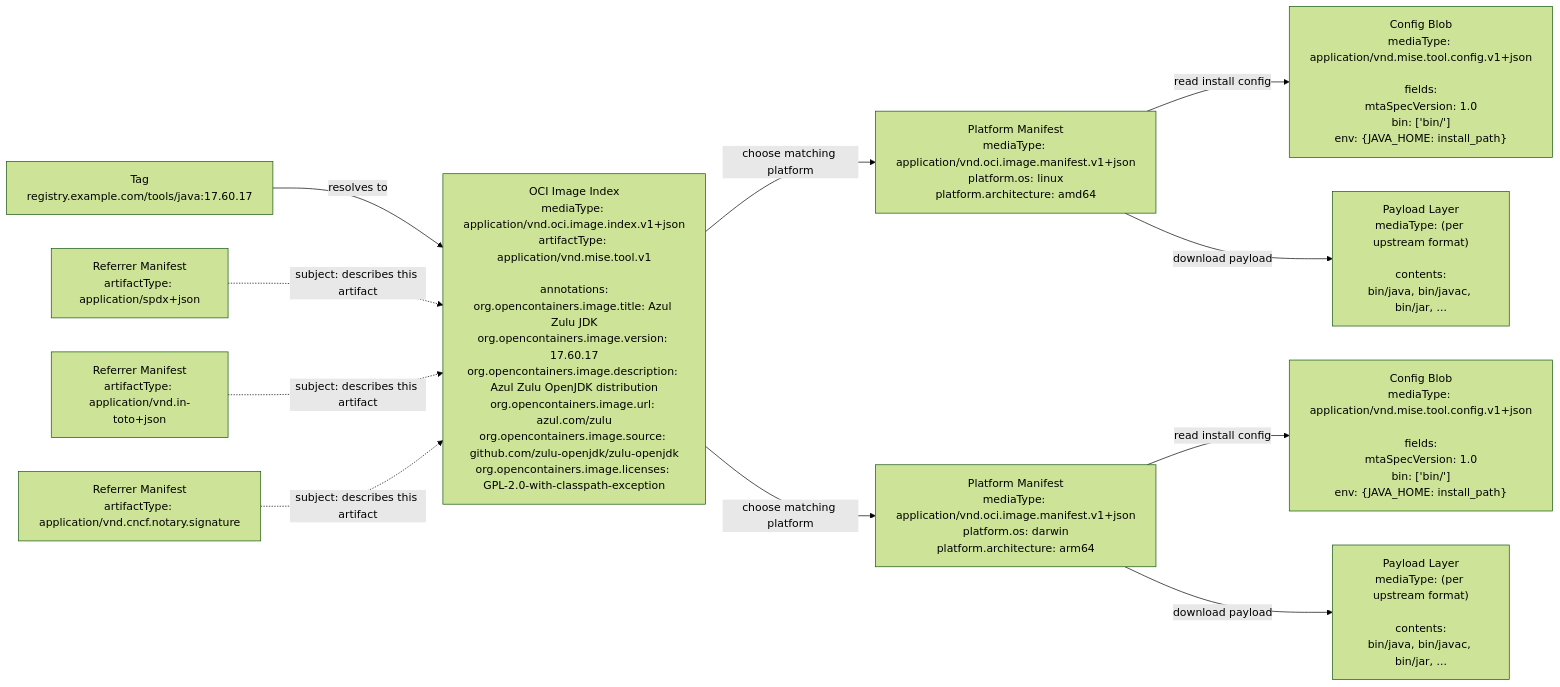
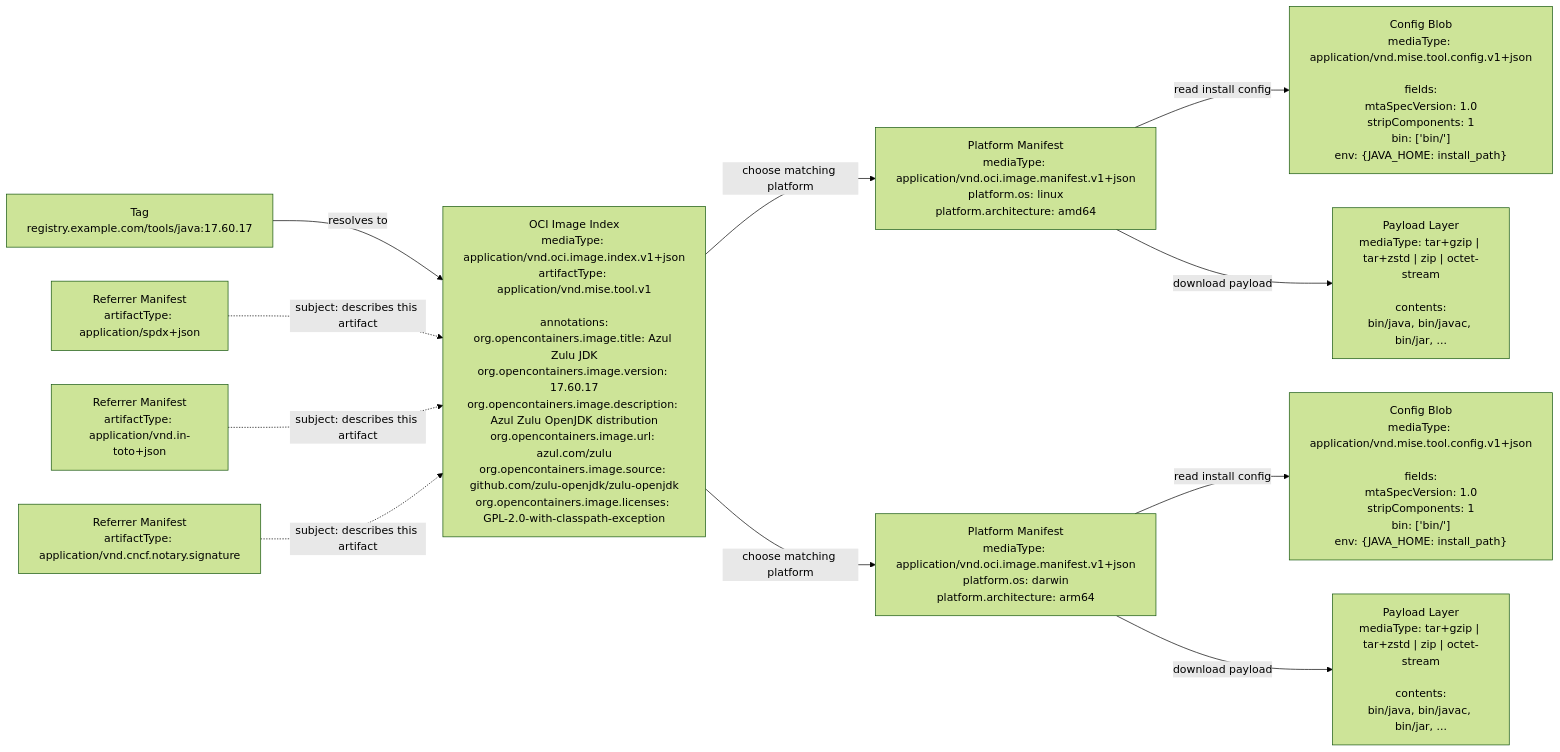
Before and after one commit to jbadeau/mise-tool-artifact-specification: the diagram in README.md, drawn with Mermaid (forest theme).

Commit message:
feat: Support different media types and strip components

````diff
--- a/README.md
+++ b/README.md
@@ -52,32 +52,32 @@
 ```mermaid
 flowchart LR
     TAG["Tag<br/>registry.example.com/tools/java:17.60.17"]
     IDX["OCI Image Index<br/>mediaType: application/vnd.oci.image.index.v1+json<br/>artifactType: application/vnd.mise.tool.v1<br/><br/>annotations:<br/>org.opencontainers.image.title: Azul Zulu JDK<br/>org.opencontainers.image.version: 17.60.17<br/>org.opencontainers.image.description: Azul Zulu OpenJDK distribution<br/>org.opencontainers.image.url: azul.com/zulu<br/>org.opencontainers.image.source: github.com/zulu-openjdk/zulu-openjdk<br/>org.opencontainers.image.licenses: GPL-2.0-with-classpath-exception"]
 
     M1["Platform Manifest<br/>mediaType: application/vnd.oci.image.manifest.v1+json<br/>platform.os: linux<br/>platform.architecture: amd64"]
     M2["Platform Manifest<br/>mediaType: application/vnd.oci.image.manifest.v1+json<br/>platform.os: darwin<br/>platform.architecture: arm64"]
 
-    C1["Config Blob<br/>mediaType: application/vnd.mise.tool.config.v1+json<br/><br/>fields:<br/>mtaSpecVersion: 1.0<br/>bin: ['bin/']<br/>env: {JAVA_HOME: install_path}"]
-    C2["Config Blob<br/>mediaType: application/vnd.mise.tool.config.v1+json<br/><br/>fields:<br/>mtaSpecVersion: 1.0<br/>bin: ['bin/']<br/>env: {JAVA_HOME: install_path}"]
+    C1["Config Blob<br/>mediaType: application/vnd.mise.tool.config.v1+json<br/><br/>fields:<br/>mtaSpecVersion: 1.0<br/>stripComponents: 1<br/>bin: ['bin/']<br/>env: {JAVA_HOME: install_path}"]
+    C2["Config Blob<br/>mediaType: application/vnd.mise.tool.config.v1+json<br/><br/>fields:<br/>mtaSpecVersion: 1.0<br/>stripComponents: 1<br/>bin: ['bin/']<br/>env: {JAVA_HOME: install_path}"]
 
-    L1["Payload Layer<br/>mediaType: (per upstream format)<br/><br/>contents:<br/>bin/java, bin/javac, bin/jar, ..."]
-    L2["Payload Layer<br/>mediaType: (per upstream format)<br/><br/>contents:<br/>bin/java, bin/javac, bin/jar, ..."]
+    L1["Payload Layer<br/>mediaType: tar+gzip | tar+zstd | zip | octet-stream<br/><br/>contents:<br/>bin/java, bin/javac, bin/jar, ..."]
+    L2["Payload Layer<br/>mediaType: tar+gzip | tar+zstd | zip | octet-stream<br/><br/>contents:<br/>bin/java, bin/javac, bin/jar, ..."]
 
     R1["Referrer Manifest<br/>artifactType: application/spdx+json"]
     R2["Referrer Manifest<br/>artifactType: application/vnd.in-toto+json"]
     R3["Referrer Manifest<br/>artifactType: application/vnd.cncf.notary.signature"]
 
     TAG -->|"resolves to"| IDX
 
     IDX -->|"choose matching platform"| M1
     IDX -->|"choose matching platform"| M2
 
     M1 -->|"read install config"| C1
     M1 -->|"download payload"| L1
     M2 -->|"read install config"| C2
     M2 -->|"download payload"| L2
 
     R1 -. "subject: describes this artifact" .-> IDX
     R2 -. "subject: describes this artifact" .-> IDX
     R3 -. "subject: describes this artifact" .-> IDX
 ```
````
